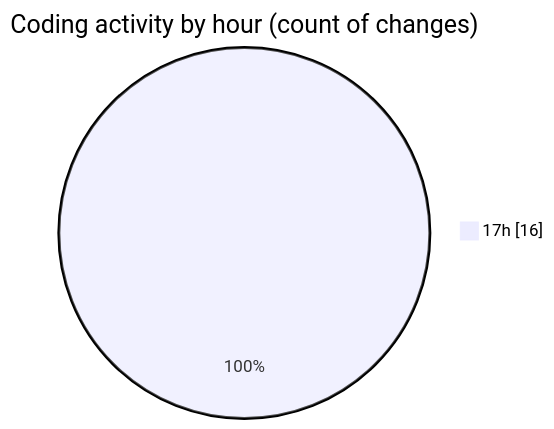
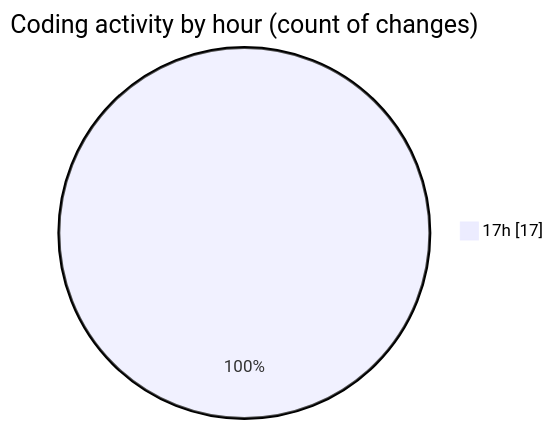
One commit to Netris89/code-tracking changed the second of 2 diagrams in 2025-04-26/true/README.md. Above: the diagram before and after it, drawn with Mermaid. The commit also changed other lines of this file and 1 other file, not shown here.

````diff
--- a/2025-04-26/true/README.md
+++ b/2025-04-26/true/README.md
@@ -30,5 +32,5 @@
 ```mermaid
 pie showData
 title Coding activity by hour (count of changes)
-"17h" : 16
+"17h" : 17
 ```
````
